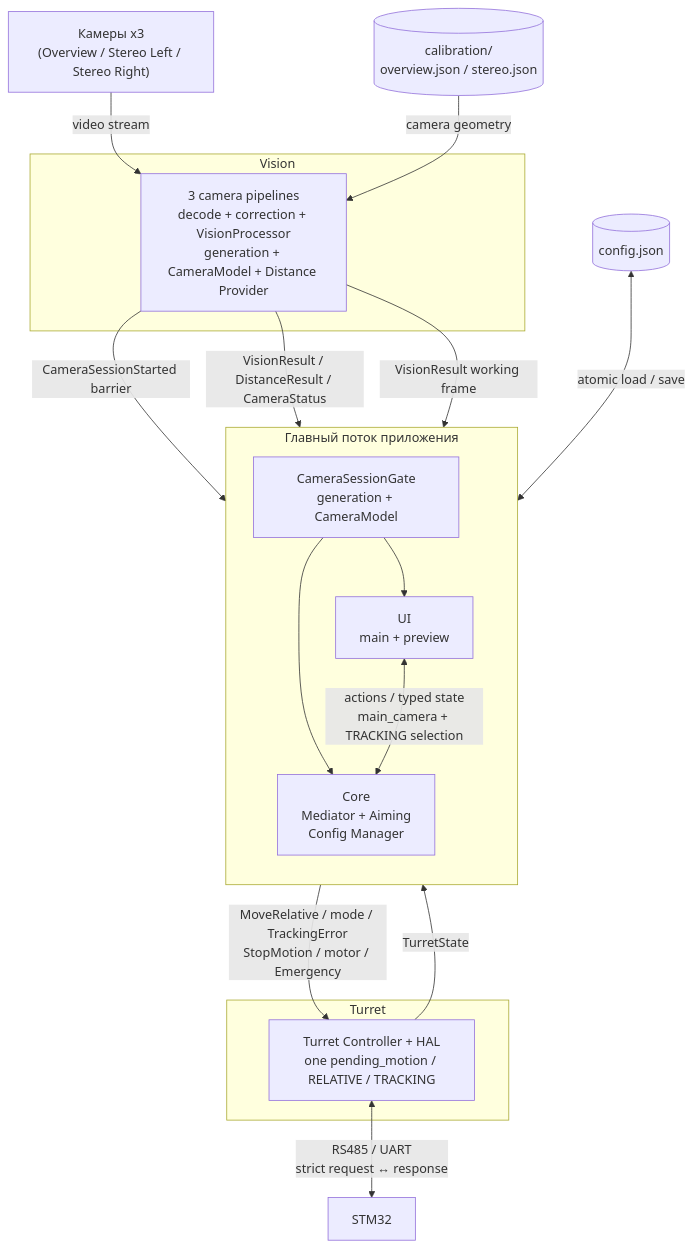
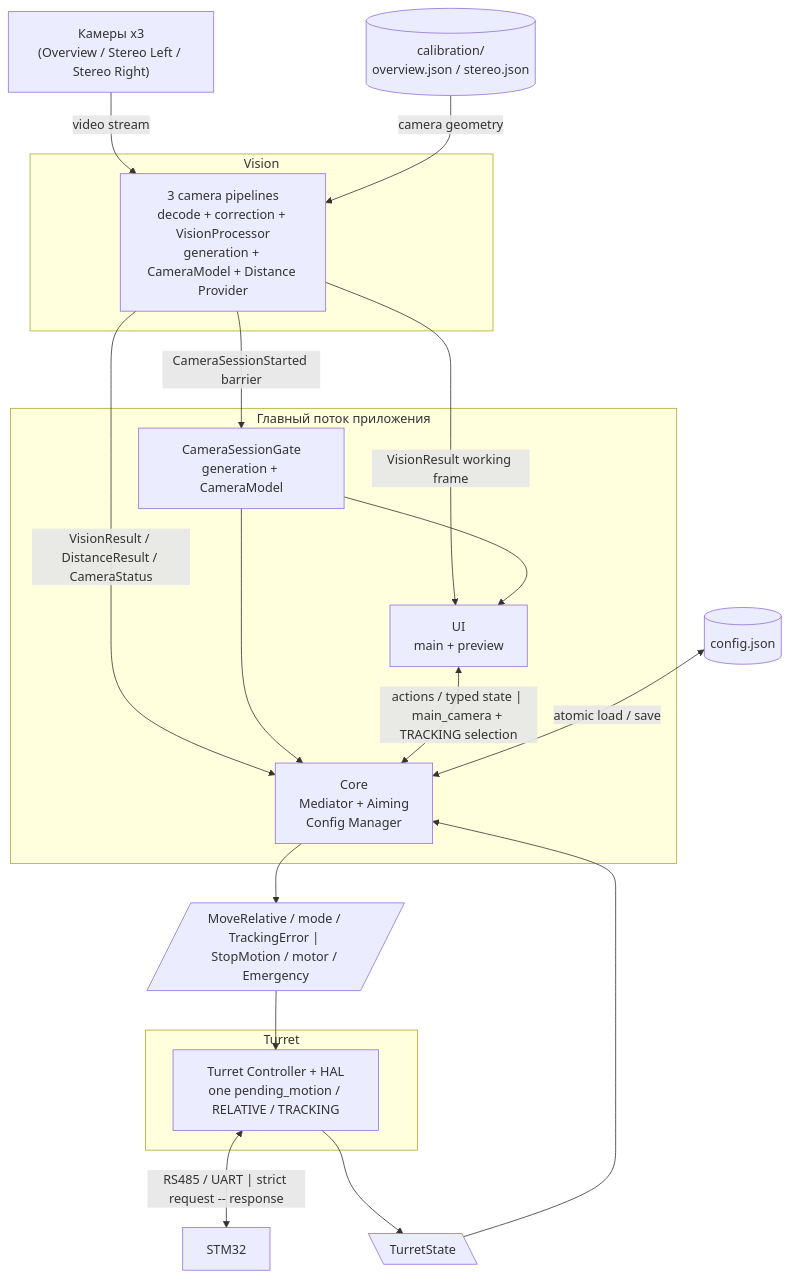
One commit to BelkaT4/navmin changed the diagram in docs/dev/diagrams/overview-diagram.mmd. Above: the diagram before and after it, drawn with Mermaid. The commit also changed 1 other file, not shown here.

Commit message:
docs(diagrams): improve overview diagram layout

```diff
--- a/docs/dev/diagrams/overview-diagram.mmd
+++ b/docs/dev/diagrams/overview-diagram.mmd
@@ -1,38 +1,36 @@
 flowchart TB
+  cameras["Камеры x3<br>(Overview / Stereo Left / Stereo Right)"]
+  stm32["STM32"]
+  config_file[("config.json")]
+  calibration[("calibration/<br>overview.json / stereo.json")]
+  n1[/"MoveRelative / mode / TrackingError | StopMotion / motor / Emergency"/]
+  n1_2[\"TurretState"\]
+  subgraph vision ["Vision"]
+    vision_module["3 camera pipelines<br>decode + correction + VisionProcessor<br>generation + CameraModel + Distance Provider"]
+  end
+  subgraph main_thread ["Главный поток приложения"]
+    session_gate["CameraSessionGate<br>generation + CameraModel"]
+    ui["UI<br>main + preview"]
+    core["Core<br>Mediator + Aiming<br>Config Manager"]
+  end
+  subgraph turret ["Turret"]
+    turret_module["Turret Controller + HAL<br>one pending_motion / RELATIVE / TRACKING"]
+  end
 
-cameras["Камеры x3<br/>(Overview / Stereo Left / Stereo Right)"]
-stm32["STM32"]
-config_file[("config.json")]
-calibration[("calibration/<br/>overview.json / stereo.json")]
-
-subgraph vision["Vision"]
-    vision_module["3 camera pipelines<br/>decode + correction + VisionProcessor<br/>generation + CameraModel + Distance Provider"]
-end
-
-subgraph main_thread["Главный поток приложения"]
-    direction TB
-    session_gate["CameraSessionGate<br/>generation + CameraModel"]
-    ui["UI<br/>main + preview"]
-    core["Core<br/>Mediator + Aiming<br/>Config Manager"]
-end
-
-subgraph turret["Turret"]
-    turret_module["Turret Controller + HAL<br/>one pending_motion / RELATIVE / TRACKING"]
-end
-
-cameras -->|"video stream"| vision_module
-calibration -->|"camera geometry"| vision_module
-vision_module -->|"CameraSessionStarted barrier"| session_gate
-vision_module -->|"VisionResult / DistanceResult / CameraStatus"| core
-vision_module -->|"VisionResult working frame"| ui
-session_gate --> core
-session_gate --> ui
-ui <-->|"actions / typed state<br/>main_camera + TRACKING selection"| core
-core -->|"MoveRelative / mode / TrackingError<br/>StopMotion / motor / Emergency"| turret_module
-turret_module -->|"TurretState"| core
-turret_module <-->|"RS485 / UART<br/>strict request ↔ response"| stm32
-config_file <-->|"atomic load / save"| core
-
-%% graph:positions {"vision":{"x":-380,"y":420,"w":240,"h":170},"main_thread":{"x":80,"y":240,"w":390,"h":350},"turret":{"x":620,"y":420,"w":250,"h":170},"cameras":{"x":-360,"y":260},"stm32":{"x":650,"y":260},"config_file":{"x":210,"y":690},"calibration":{"x":-350,"y":670},"vision_module":{"x":15,"y":50},"session_gate":{"x":110,"y":40},"ui":{"x":110,"y":135},"core":{"x":110,"y":250},"turret_module":{"x":20,"y":50}}
-%% graph:edges {"cameras>vision_module":{"label":[1,-23]},"vision_module>session_gate":{"label":[-15,-20]},"vision_module>core":{"label":[-25,26]},"vision_module>ui":{"label":[-1,-90]},"session_gate>core":{"label":[-35,5]},"session_gate>ui":{"label":[35,5]},"ui>core":{"label":[-40,0]},"core>ui":{"label":[40,0]},"core>turret_module":{"label":[22,1]},"turret_module>core":{"label":[20,25]},"config_file>core":{"label":[0,16]}}
-%% graph:waypoints {}
+  cameras -->|"video stream"| vision_module
+  calibration -->|"camera geometry"| vision_module
+  vision_module -->|"CameraSessionStarted barrier"| session_gate
+  vision_module -->|"VisionResult / DistanceResult / CameraStatus"| core
+  vision_module -->|"VisionResult working frame"| ui
+  session_gate --> core
+  session_gate --> ui
+  ui <-->|"actions / typed state | main_camera + TRACKING selection"| core
+  turret_module <-->|"RS485 / UART | strict request -- response"| stm32
+  config_file <-->|"atomic load / save"| core
+  turret_module --> n1_2
+  n1_2 --> core
+  core --> n1
+  n1 --> turret_module
+%% graph:positions {"vision":{"x":-576,"y":358,"w":324,"h":230},"main_thread":{"x":56,"y":180,"w":414,"h":422},"turret":{"x":912,"y":418,"w":250,"h":170},"cameras":{"x":-495,"y":199,"w":172,"h":59},"stm32":{"x":945,"y":258,"w":172,"h":54},"config_file":{"x":240,"y":732},"calibration":{"x":-495,"y":706,"w":172,"h":90},"n1":{"x":588,"y":418,"w":208,"h":78},"n1_2":{"x":588,"y":510,"w":208,"h":78},"vision_module":{"x":75,"y":66,"w":184,"h":98},"session_gate":{"x":184,"y":60},"ui":{"x":52,"y":178},"core":{"x":184,"y":312},"turret_module":{"x":33,"y":58,"w":172,"h":59}}
+%% graph:waypoints {"vision_module>session_gate":[[-119,453]]}
+%% graph:edges {"cameras>vision_module":{"label":[1,-23]},"vision_module>session_gate":{"label":[58,-101]},"vision_module>core":{"label":[-41,38]},"vision_module>ui":{"label":[79,-77]},"session_gate>core":{"label":[-35,5]},"session_gate>ui":{"label":[35,5]},"ui>core":{"label":[133,-86]},"turret_module>stm32":{"label":[1,-24]},"config_file>core":{"label":[0,16]}}
```
